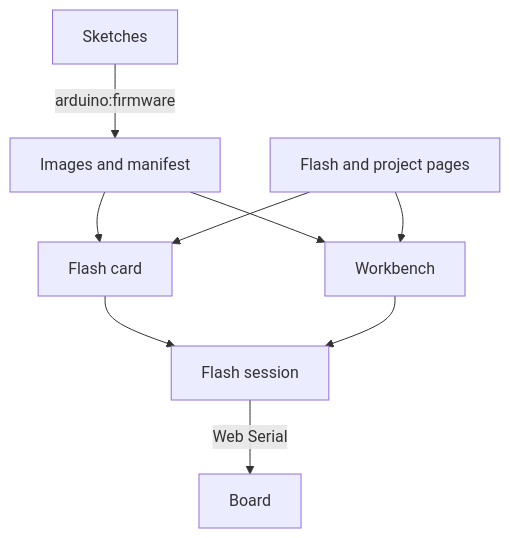
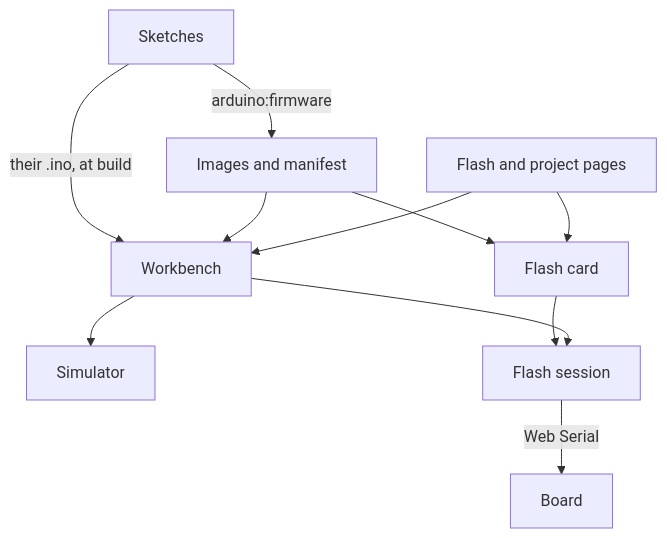
The second of 2 diagrams in docs/architecture.md (lmarqs/esp-rc-car), drawn with Mermaid before and after one commit. The commit also changed other lines of this file, not shown here.

Commit message:
Describe the workbench, the simulator and the sketch line in the architecture, and name what pages import

````diff
--- a/docs/architecture.md
+++ b/docs/architecture.md
@@ -92,11 +104,13 @@
 ```mermaid
 flowchart TD
   sketches[Sketches] -->|arduino:firmware| images[Images and manifest]
+  sketches -->|their .ino, at build| workbench
   images --> card[Flash card]
   images --> workbench
   pages[Flash and project pages] --> card
   pages --> workbench[Workbench]
+  workbench --> simulator[Simulator]
   card --> session[Flash session]
   workbench --> session
   session -->|Web Serial| board[Board]
 ```
````
